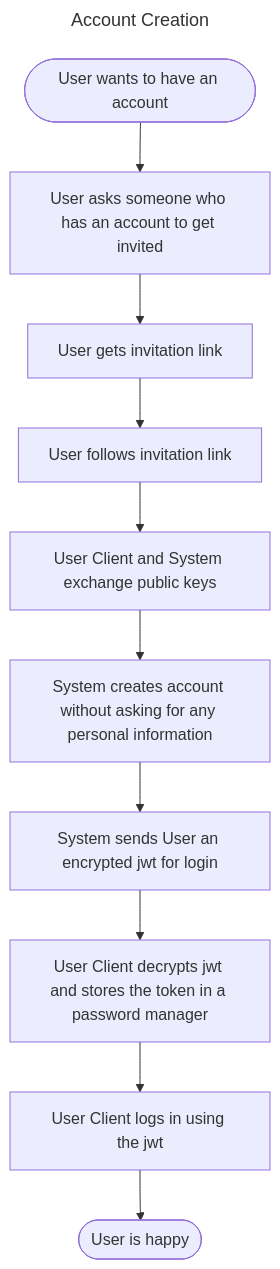
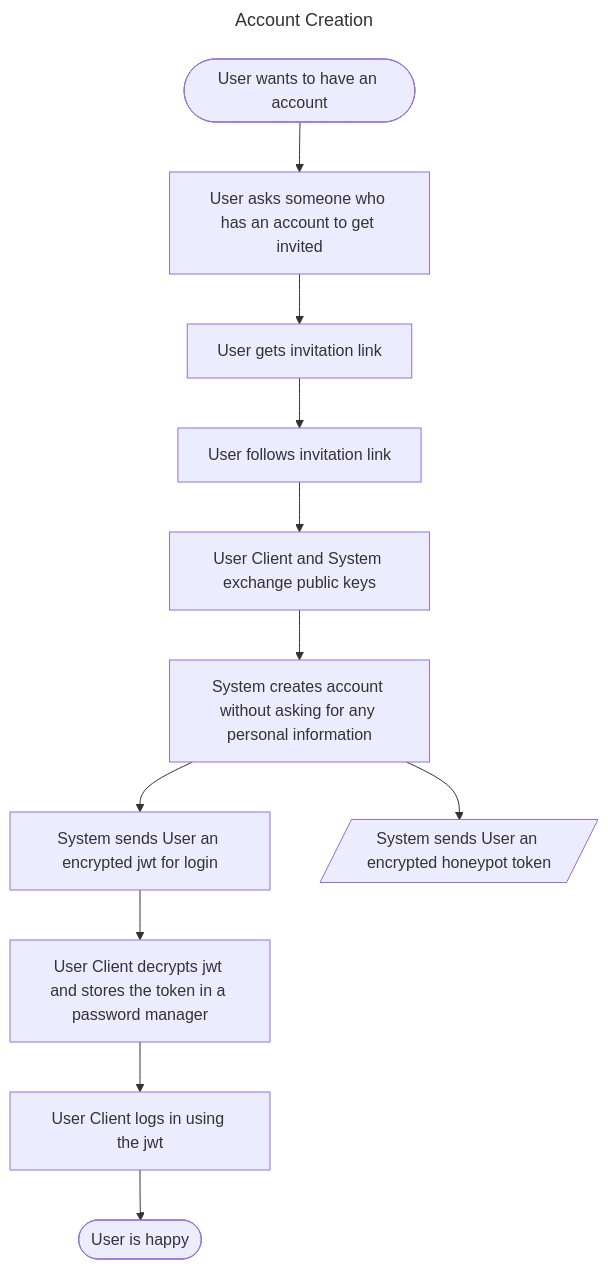
Before and after one commit to TetraPlex-org/central: the second of 5 diagrams in Documentation/technical/authentication.md, drawn with Mermaid. The commit also changed other lines of this file and 1 other file, not shown here.

````diff
--- a/Documentation/technical/authentication.md
+++ b/Documentation/technical/authentication.md
@@ -24,19 +24,19 @@
 ```mermaid
 ---
 title: Account Creation
 ---
 %%{init: {"flowchart": {"htmlLabels": false}} }%%
 flowchart TB
-  %% Trigger Event
   TRIGGER(["User wants to have an account"])-->S1
   S1["User asks someone who has an account to get invited"]-->S2
   S2["User gets invitation link"]-->S3
   S3["User follows invitation link"]-->S4
   S4["User Client and System exchange public keys"]-->S5
-  S5["System creates account without asking for any personal information"]-->S6
+  S5["System creates account without asking for any personal information"]-->S6 & S6a1
+  S6a1[/"System sends User an encrypted honeypot token"/]
   S6["System sends User an encrypted jwt for login"]-->S7
   S7["User Client decrypts jwt and stores the token in a password manager"]-->S8
   S8["User Client logs in using the jwt"]-->S9
   S9(["User is happy"])
 
 ```
````
